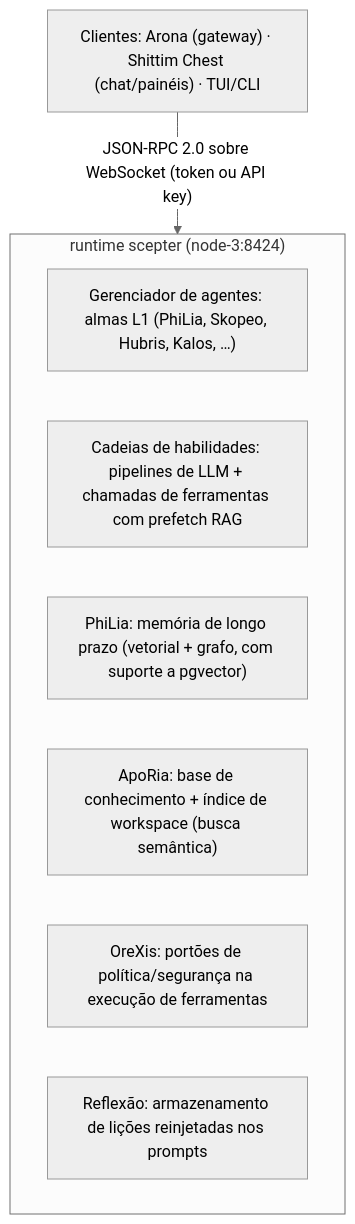
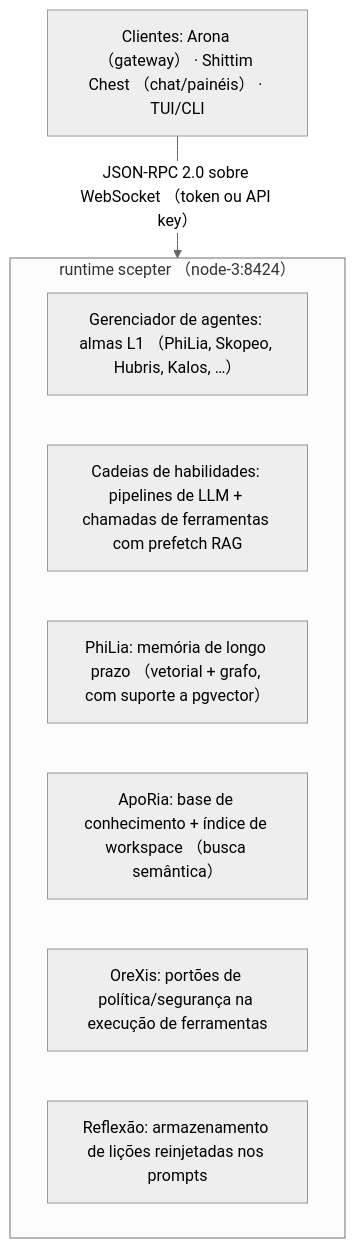
One commit to celestia-island/docs.celestia.world changed the diagram in docs/pt/platforms/entelecheia.md. Above: the diagram before and after it, drawn with Mermaid (neutral theme). The commit also changed 35 other files, not shown here.

First line of the commit message:
📝 Convert ASCII parentheses in mermaid fences to fullwidth across languages. (#96)

````diff
--- a/docs/pt/platforms/entelecheia.md
+++ b/docs/pt/platforms/entelecheia.md
@@ -11,13 +11,13 @@
 ```mermaid
 flowchart TD
-    C["Clientes: Arona (gateway) · Shittim Chest (chat/painéis) · TUI/CLI"]
-    subgraph G["runtime scepter (node-3:8424)"]
-        N0["Gerenciador de agentes: almas L1 (PhiLia, Skopeo, Hubris, Kalos, …)"]
+    C["Clientes: Arona （gateway） · Shittim Chest （chat/painéis） · TUI/CLI"]
+    subgraph G["runtime scepter （node-3:8424）"]
+        N0["Gerenciador de agentes: almas L1 （PhiLia, Skopeo, Hubris, Kalos, …）"]
         N1["Cadeias de habilidades: pipelines de LLM + chamadas de ferramentas com prefetch RAG"]
-        N2["PhiLia: memória de longo prazo (vetorial + grafo, com suporte a pgvector)"]
-        N3["ApoRia: base de conhecimento + índice de workspace (busca semântica)"]
+        N2["PhiLia: memória de longo prazo （vetorial + grafo, com suporte a pgvector）"]
+        N3["ApoRia: base de conhecimento + índice de workspace （busca semântica）"]
         N4["OreXis: portões de política/segurança na execução de ferramentas"]
         N5["Reflexão: armazenamento de lições reinjetadas nos prompts"]
     end
-    C -->|"JSON-RPC 2.0 sobre WebSocket (token ou API key)"| G
+    C -->|"JSON-RPC 2.0 sobre WebSocket （token ou API key）"| G
 ```
````
